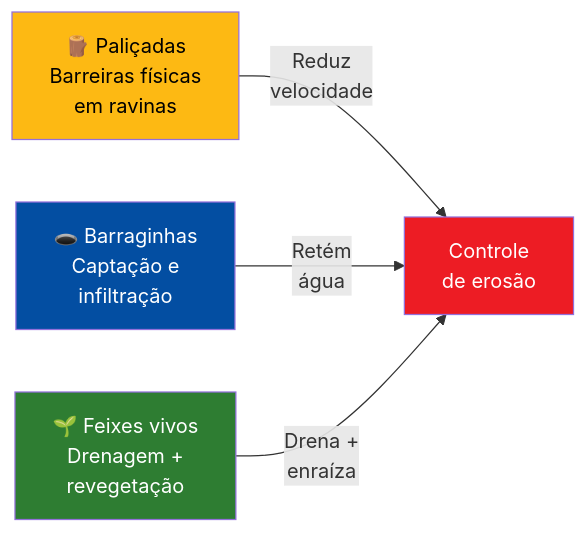
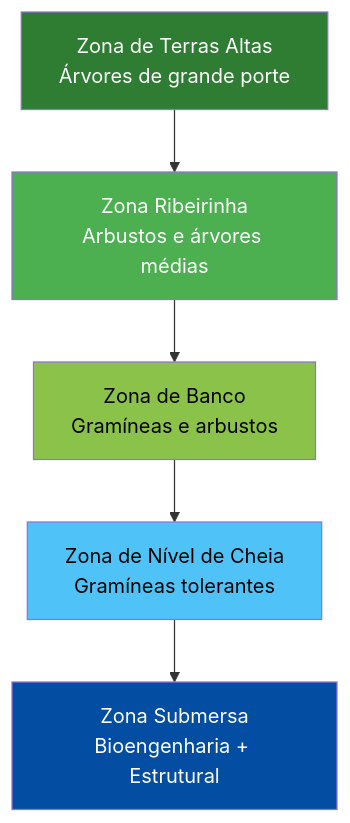
Before and after one commit to ldvsantos/cv: the first of 10 diagrams in aulas/bioengenharia_de_solos/aulas/aula10_feixes_vivos/aula10_feixes_vivos.qmd, drawn with Mermaid. The commit also changed other lines of this file and 23 other files, not shown here.

Commit message:
Aula 10: reestrutura feixes vivos  inicia por tecnicas de bioengenharia (6 tecnicas do paper XXIII SBRH), drenos verdes apos; adiciona 7 fotos de especies vegetais (Wikimedia) e 7 fotos de referencia das tecnicas

````diff
--- a/aulas/bioengenharia_de_solos/aulas/aula10_feixes_vivos/aula10_feixes_vivos.qmd
+++ b/aulas/bioengenharia_de_solos/aulas/aula10_feixes_vivos/aula10_feixes_vivos.qmd
@@ -116,11 +114,13 @@
 ```{mermaid}
-%%| fig-width: 5.5
-graph LR
-    A["🪵 Paliçadas<br>Barreiras físicas<br>em ravinas"] -->|"Reduz<br>velocidade"| D["Controle<br>de erosão"]
-    B["🕳️ Barraginhas<br>Captação e<br>infiltração"] -->|"Retém<br>água"| D
-    C["🌱 Feixes vivos<br>Drenagem +<br>revegetação"] -->|"Drena +<br>enraíza"| D
-    style A fill:#FDB913,color:#000
-    style B fill:#034EA2,color:#fff
-    style C fill:#2E7D32,color:#fff
-    style D fill:#ED1C24,color:#fff
+%%| fig-width: 5
+graph TB
+    A["Zona de Terras Altas<br>Árvores de grande porte"] --> B["Zona Ribeirinha<br>Arbustos e árvores médias"]
+    B --> C["Zona de Banco<br>Gramíneas e arbustos"]
+    C --> D["Zona de Nível de Cheia<br>Gramíneas tolerantes"]
+    D --> E["Zona Submersa<br>Bioengenharia + Estrutural"]
+    style A fill:#2E7D32,color:#fff
+    style B fill:#4CAF50,color:#fff
+    style C fill:#8BC34A,color:#000
+    style D fill:#4FC3F7,color:#000
+    style E fill:#034EA2,color:#fff
 ```
````
